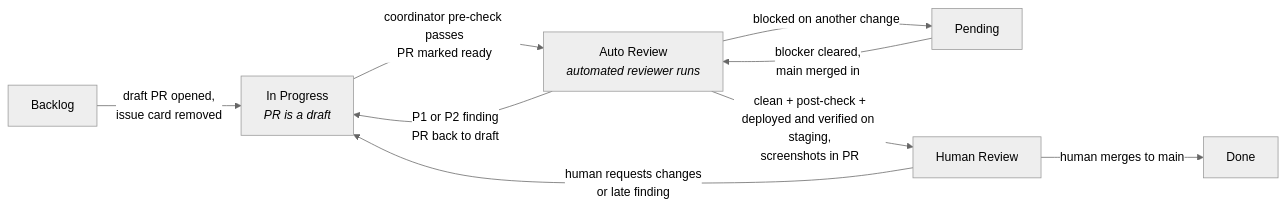
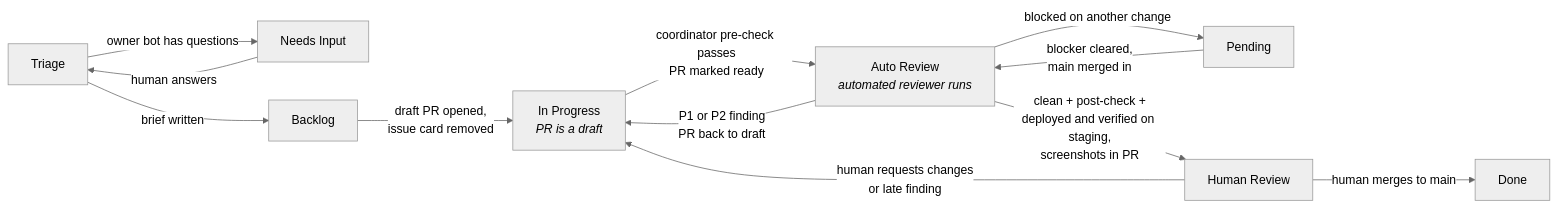
The diagram in diagrams-src/board.mmd (tangentcode/methodology), drawn with Mermaid (neutral theme) before and after one commit. The commit also changed 12 other files, not shown here.

First line of the commit message:
Workflow: Triage starts with options, a human decision, then a brief or Needs Input (#27)

```diff
--- a/diagrams-src/board.mmd
+++ b/diagrams-src/board.mmd
@@ -1,9 +1,12 @@
 flowchart LR
-    B[Backlog] -->|draft PR opened,<br/>issue card removed| IP[In Progress<br/><i>PR is a draft</i>]
+    T[Triage] -->|owner bot has questions| NI[Needs Input]
+    NI -->|human answers| T
+    T -->|brief written| B[Backlog]
+    B -->|draft PR opened,<br/>issue card removed| IP[In Progress<br/><i>PR is a draft</i>]
     IP -->|coordinator pre-check passes<br/>PR marked ready| AR[Auto Review<br/><i>automated reviewer runs</i>]
     AR -->|P1 or P2 finding<br/>PR back to draft| IP
     AR -->|blocked on another change| P[Pending]
     P -->|blocker cleared,<br/>main merged in| AR
     AR -->|clean + post-check +<br/>deployed and verified on staging,<br/>screenshots in PR| HR[Human Review]
     HR -->|human requests changes<br/>or late finding| IP
     HR -->|human merges to main| D[Done]
```
